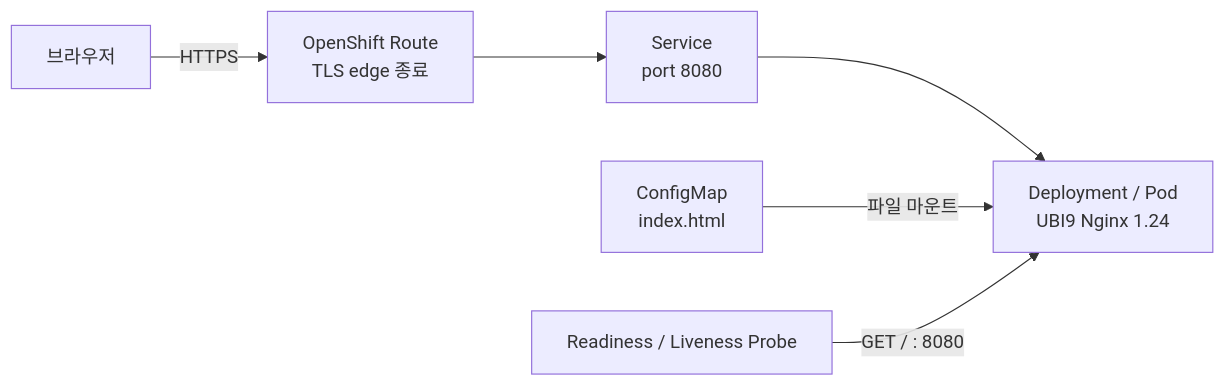
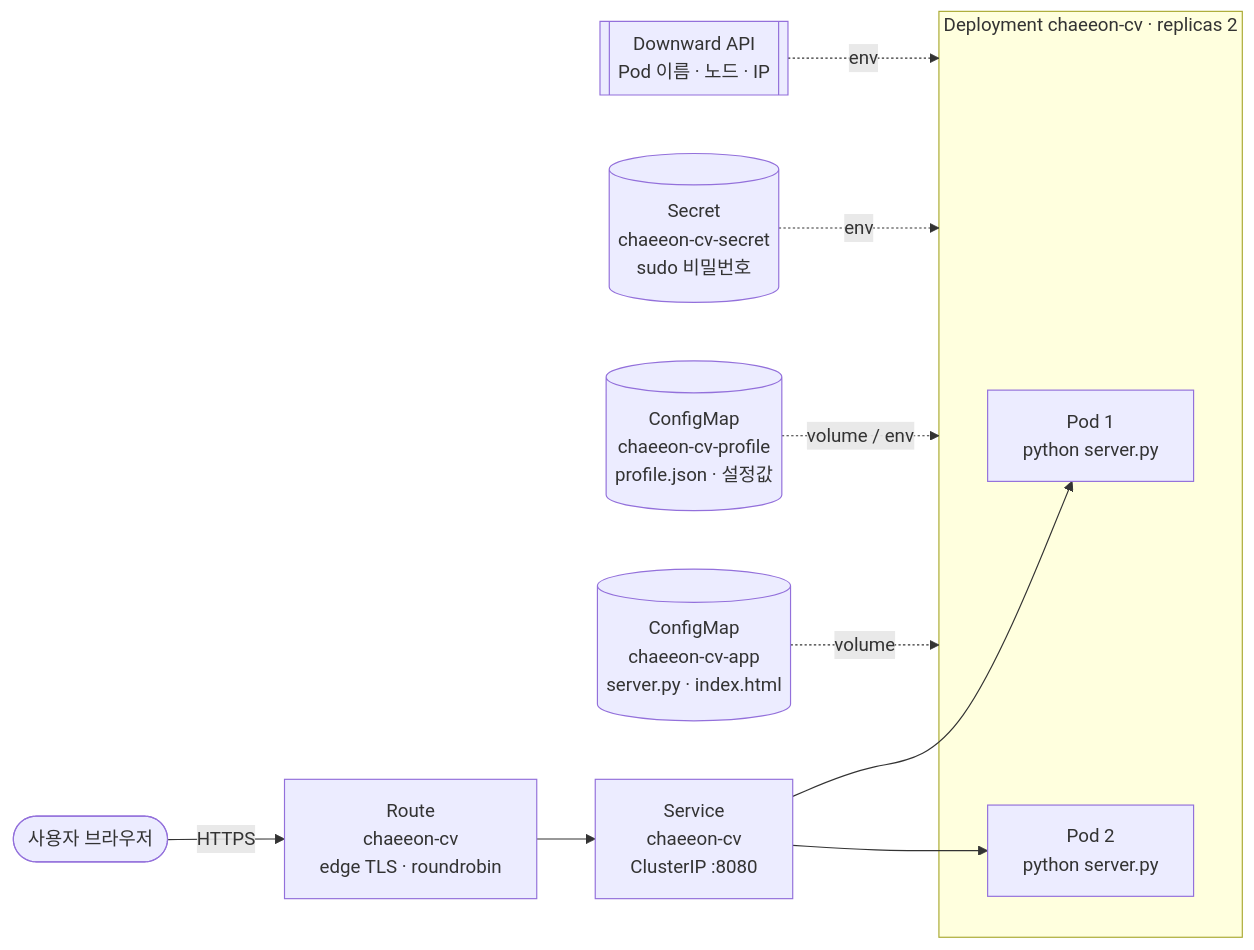
Before and after one commit to yeochaeeon/intelligent-IOT-platform: the diagram in students/202355561/README.md, drawn with Mermaid. The commit also changed other lines of this file and 15 other files, not shown here.

````diff
--- a/students/202355561/README.md
+++ b/students/202355561/README.md
@@ -15,8 +32,17 @@
 ```mermaid
 flowchart LR
-  U[브라우저] -->|HTTPS| R[OpenShift Route<br/>TLS edge 종료]
-  R --> S[Service<br/>port 8080]
-  S --> D[Deployment / Pod<br/>UBI9 Nginx 1.24]
-  C[ConfigMap<br/>index.html] -->|파일 마운트| D
-  P[Readiness / Liveness Probe] -->|GET / : 8080| D
+    U([사용자 브라우저]) -->|HTTPS| R[Route<br/>chaeeon-cv<br/>edge TLS · roundrobin]
+    R --> S[Service<br/>chaeeon-cv<br/>ClusterIP :8080]
+    S --> P1[Pod 1<br/>python server.py]
+    S --> P2[Pod 2<br/>python server.py]
+
+    subgraph D[Deployment chaeeon-cv · replicas 2]
+        P1
+        P2
+    end
+
+    CA[(ConfigMap<br/>chaeeon-cv-app<br/>server.py · index.html)] -. volume .-> D
+    CP[(ConfigMap<br/>chaeeon-cv-profile<br/>profile.json · 설정값)] -. volume / env .-> D
+    SE[(Secret<br/>chaeeon-cv-secret<br/>sudo 비밀번호)] -. env .-> D
+    DA[[Downward API<br/>Pod 이름 · 노드 · IP]] -. env .-> D
 ```
````
